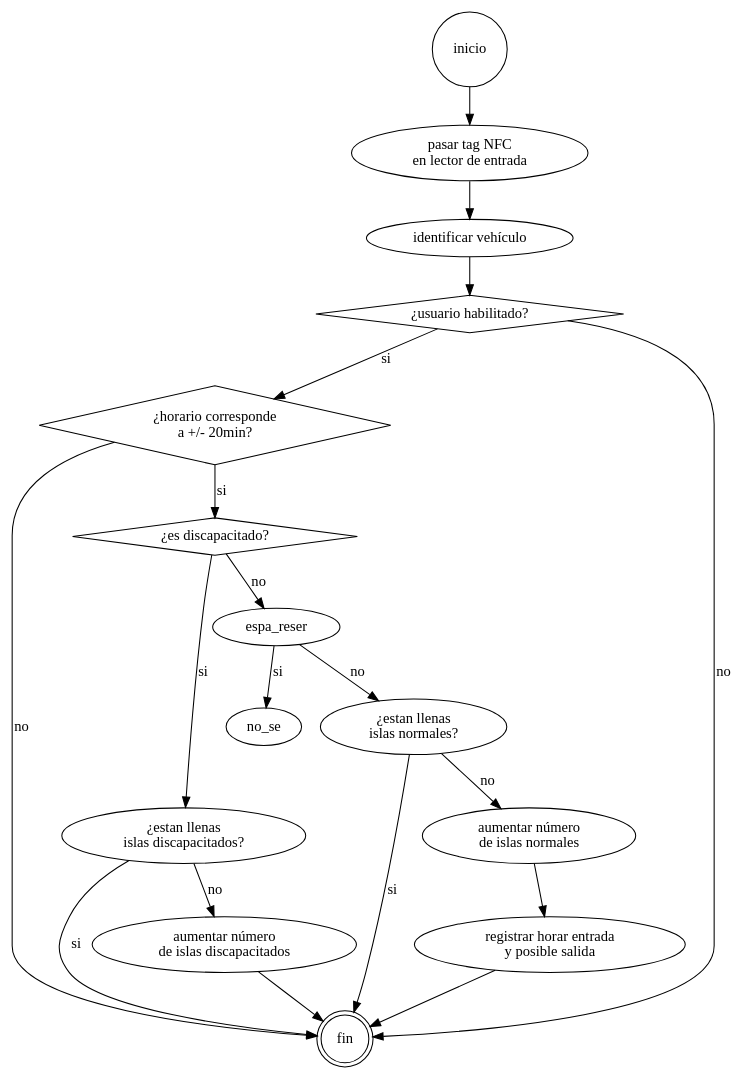
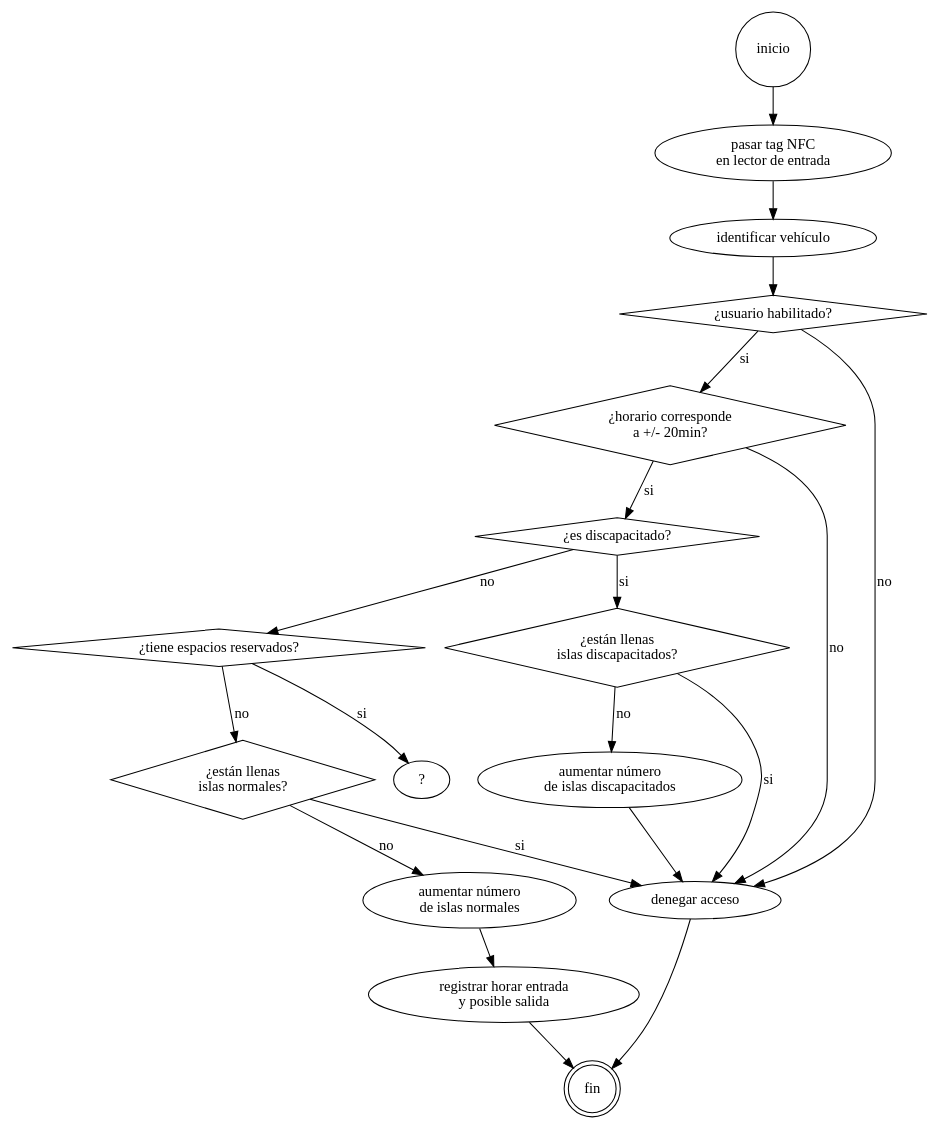
One commit to udistrital/parqueaderos-integrado changed the diagram in src/diagramas/ingreso_automovil.gv. Above: the diagram before and after it, drawn with Graphviz. The commit also changed 3 other files, not shown here.

Commit message:
Diagrama de salida automóvil

```diff
--- a/src/diagramas/ingreso_automovil.gv
+++ b/src/diagramas/ingreso_automovil.gv
@@ -1,54 +1,56 @@
 /*
-  Huffman Tree DOT graph.
-
+  Proceso de Ingreso de Vehículo Automóvil.
+  Author: Jorge Ulises Useche Cuellar
   DOT Reference :  http://www.graphviz.org/doc/info/lang.html
                    http://en.wikipedia.org/wiki/DOT_language
-  Timestamp     :  1368947341
-  Phrase        :  'TO BE OR NOT TO BE'
-
-  Generated on http://huffman.ooz.ie/
 */
 
 digraph G {
   inicio -> tag_nfc -> id_veh -> usu_hab;
 
   usu_hab -> hor_corre [label=si];
-  usu_hab -> fin [label=no];
+  usu_hab -> denegar_acce [label=no];
 
   hor_corre -> es_disca [label=si];
-  hor_corre -> fin [label=no];
+  hor_corre -> denegar_acce [label=no];
 
   es_disca -> full_islas_disc [label=si];
   es_disca -> espa_reser [label=no];
 
-  full_islas_disc -> fin [label=si];
+  full_islas_disc -> denegar_acce [label=si];
   full_islas_disc -> islas_disc_m1 [label=no];
 
-  islas_disc_m1 -> fin;
+  islas_disc_m1 -> denegar_acce;
 
   espa_reser -> no_se [label=si];
   espa_reser -> full_islas_norm [label=no];
 
   full_islas_norm -> islas_norm_m1 [label=no];
-  full_islas_norm -> fin [label=si];
+  full_islas_norm -> denegar_acce [label=si];
 
   islas_norm_m1 -> reg_ingreso;
 
   reg_ingreso -> fin;
+
+  denegar_acce -> fin;
 
 
   tag_nfc [label="pasar tag NFC\nen lector de entrada"];
   id_veh [label="identificar vehículo"];
   usu_hab [label="¿usuario habilitado?"];
   hor_corre [label="¿horario corresponde\n a +/- 20min?"];
   es_disca [label="¿es discapacitado?"];
-  full_islas_disc [label="¿estan llenas\nislas discapacitados?"];
+  full_islas_disc [label="¿están llenas\nislas discapacitados?"];
   islas_disc_m1 [label="aumentar número\nde islas discapacitados"];
-  full_islas_norm [label="¿estan llenas\nislas normales?"];
+  espa_reser [label="¿tiene espacios reservados?"];
+  no_se [label="?"]
+  full_islas_norm [label="¿están llenas\nislas normales?"];
   islas_norm_m1 [label="aumentar número\nde islas normales"];
   reg_ingreso [label="registrar horar entrada\ny posible salida"];
+  denegar_acce [label="denegar acceso"];
 
   inicio [shape=circle];
   usu_hab, hor_corre, es_disca [shape=diamond];
+  full_islas_norm, full_islas_disc, espa_reser [shape=diamond];
   fin [shape=doublecircle];
 }
```
